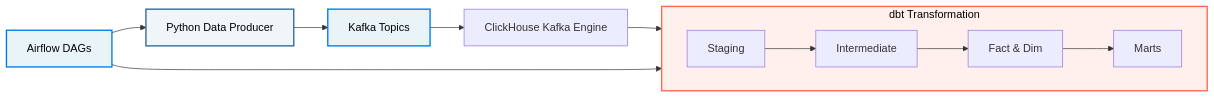
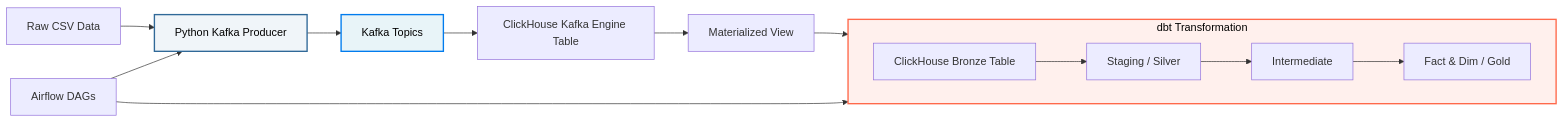
The diagram in README_th.md (IBoss47/data-pipeline-project), drawn with Mermaid before and after one commit. The commit also changed other lines of this file and 1 other file, not shown here.

Commit message:
[docs] Add more description for explain why we run script producer in dags

````diff
--- a/README_th.md
+++ b/README_th.md
@@ -23,21 +20,20 @@
 ```mermaid
 flowchart LR
-    Airflow[Airflow DAGs] --> Services[Python Data Producer]
-    Services --> Kafka[Kafka Topics]
-    Kafka --> ClickHouse[ClickHouse Kafka Engine]
+    Data[Raw CSV Data] --> Producer[Python Kafka Producer]
+    Producer --> Kafka[Kafka Topics]
+    Kafka --> CH_Kafka[ClickHouse Kafka Engine Table]
+    CH_Kafka --> CH_MV[Materialized View]
+    CH_MV --> CH_MergeTree[ClickHouse Bronze Table]
     
     subgraph dbt [dbt Transformation]
         direction LR
-        STG[Staging] --> INT[Intermediate]
-        INT --> CORE[Fact & Dim]
-        CORE --> MARTS[Marts]
+        CH_MergeTree --> STG[Staging / Silver] --> INT[Intermediate] --> CORE[Fact & Dim / Gold]
     end
     
-    ClickHouse --> STG
+    Airflow[Airflow DAGs] --> Producer
     Airflow --> dbt
 
-    style Airflow fill:#e8f4f8,stroke:#017cee,stroke-width:2px,color:#000
-    style Services fill:#f0f5f9,stroke:#306998,stroke-width:2px,color:#000
     style Kafka fill:#e8f4f8,stroke:#017cee,stroke-width:2px,color:#000
+    style Producer fill:#f0f5f9,stroke:#306998,stroke-width:2px,color:#000
     style dbt fill:#fff0ed,stroke:#ff694b,stroke-width:2px,color:#000
 ```
````
